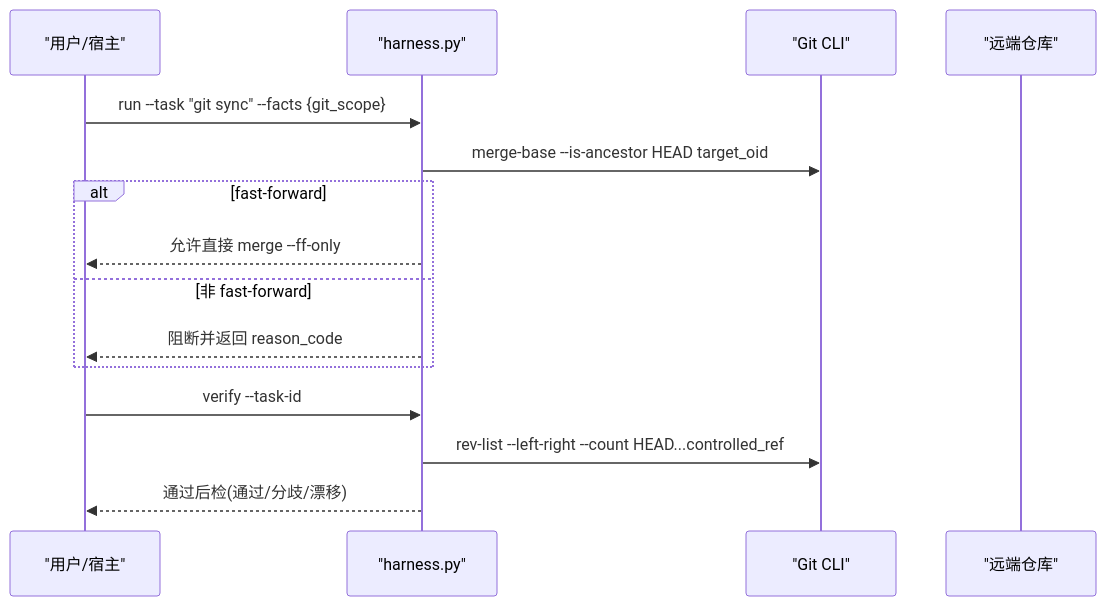
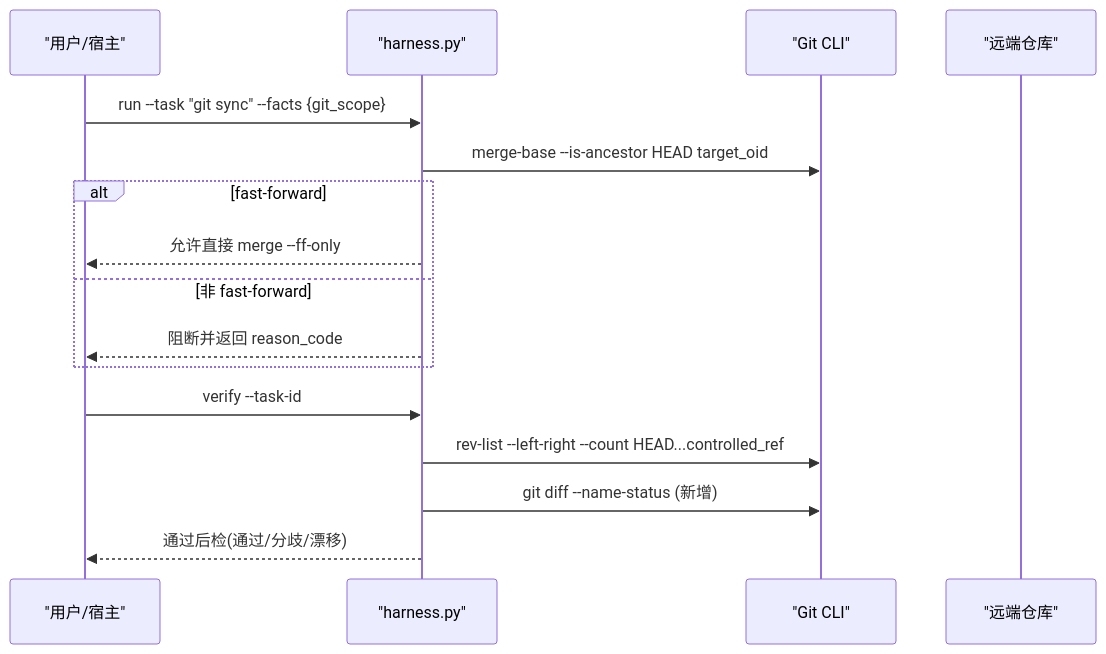
Before and after one commit to HackSing/docs-harness: the fourth of 5 diagrams in .qoder/repowiki/zh/content/Git集成/版本控制集成/远程仓库同步.md, drawn with Mermaid. The commit also changed other lines of this file and 40 other files, not shown here.

````diff
--- a/.qoder/repowiki/zh/content/Git集成/版本控制集成/远程仓库同步.md
+++ b/.qoder/repowiki/zh/content/Git集成/版本控制集成/远程仓库同步.md
@@ -134,17 +151,18 @@
 ```mermaid
 sequenceDiagram
 participant U as "用户/宿主"
 participant H as "harness.py"
 participant G as "Git CLI"
 participant R as "远端仓库"
 U->>H : run --task "git sync" --facts {git_scope}
 H->>G : merge-base --is-ancestor HEAD target_oid
 alt fast-forward
 H-->>U : 允许直接 merge --ff-only
 else 非 fast-forward
 H-->>U : 阻断并返回 reason_code
 end
 U->>H : verify --task-id
 H->>G : rev-list --left-right --count HEAD...controlled_ref
+H->>G : git diff --name-status (新增)
 H-->>U : 通过后检(通过/分歧/漂移)
 ```
````
